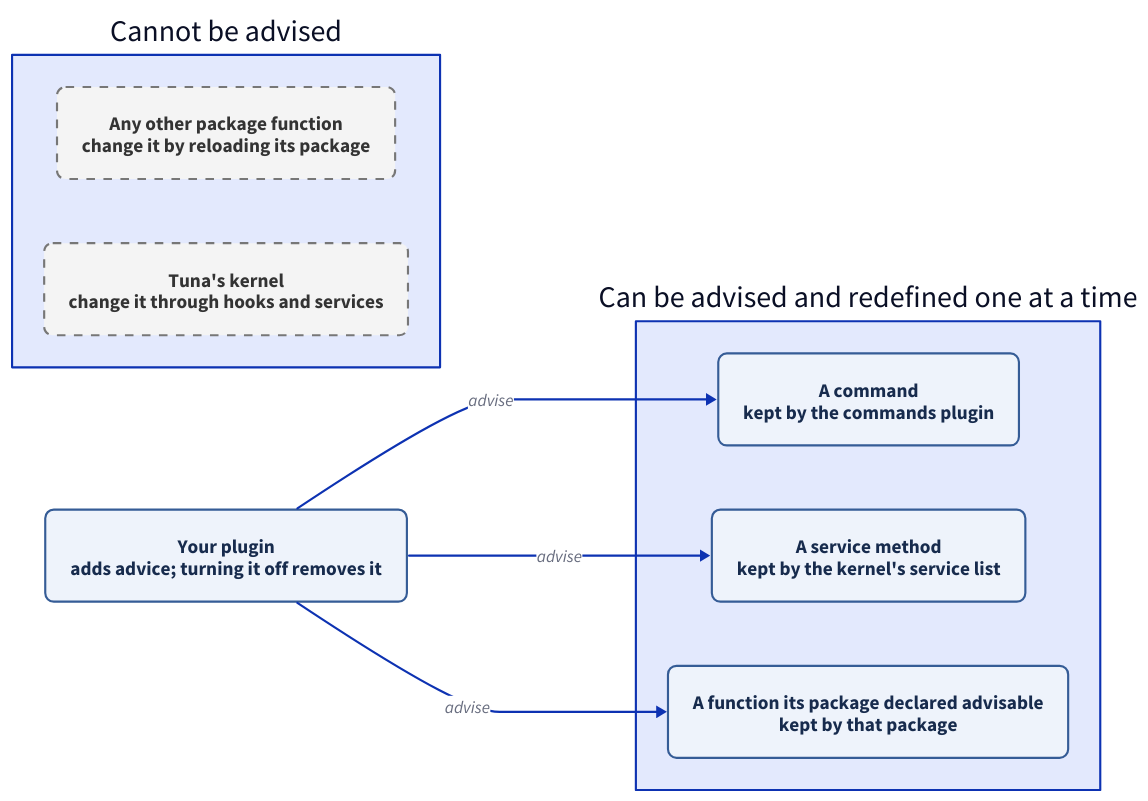
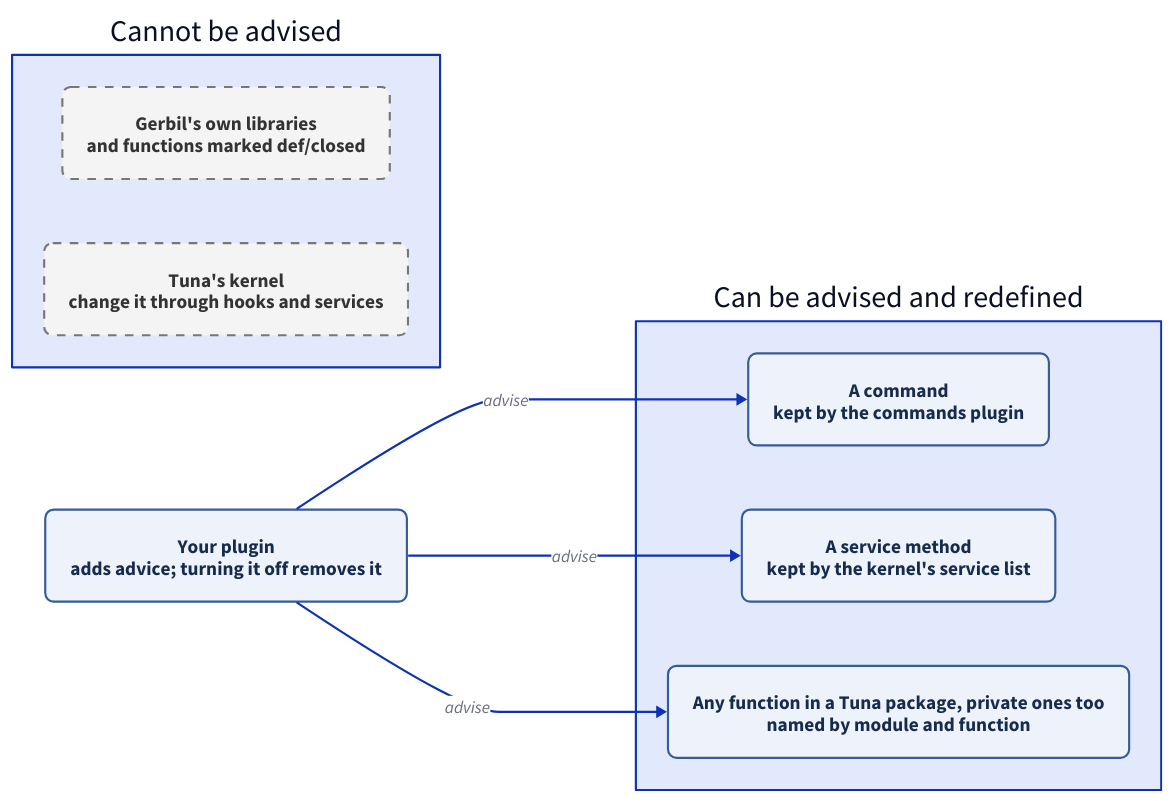
The diagram in docs/diagrams/advice-targets.d2 (jaybonthius/tuna), drawn with D2 before and after one commit. The commit also changed 2 other files, not shown here.

Commit message:
Brief: open functions by default

```diff
--- a/docs/diagrams/advice-targets.d2
+++ b/docs/diagrams/advice-targets.d2
@@ -1,47 +1,47 @@
 # What can be advised, and who keeps the advice?
 vars: {
   d2-config: {
     layout-engine: dagre
     theme-id: 0
   }
 }
 direction: right
 
 classes: {
   yes: {
     style: {
       fill: "#eef3fb"
       stroke: "#355c96"
       font-color: "#172b4d"
       border-radius: 8
       font-size: 18
     }
   }
   no: {
     style: {
       fill: "#f4f4f4"
       stroke: "#777777"
       font-color: "#333333"
       border-radius: 8
       stroke-dash: 4
       font-size: 18
     }
   }
 }
 
 plugin: "Your plugin\nadds advice; turning it off removes it" {class: yes}
 
-can: "Can be advised and redefined one at a time" {
+can: "Can be advised and redefined" {
   cmd: "A command\nkept by the commands plugin" {class: yes}
   svc: "A service method\nkept by the kernel's service list" {class: yes}
-  decl: "A function its package declared advisable\nkept by that package" {class: yes}
+  decl: "Any function in a Tuna package, private ones too\nnamed by module and function" {class: yes}
 }
 
 cannot: "Cannot be advised" {
-  plain: "Any other package function\nchange it by reloading its package" {class: no}
+  plain: "Gerbil's own libraries\nand functions marked def/closed" {class: no}
   kernel: "Tuna's kernel\nchange it through hooks and services" {class: no}
 }
 
 plugin -> can.cmd: "advise"
 plugin -> can.svc: "advise"
 plugin -> can.decl: "advise"
```
